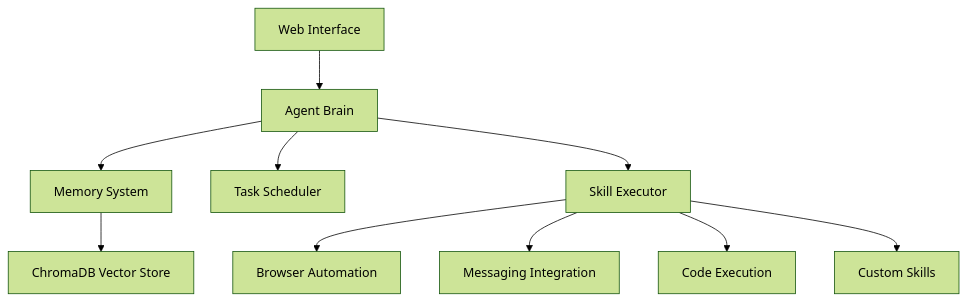
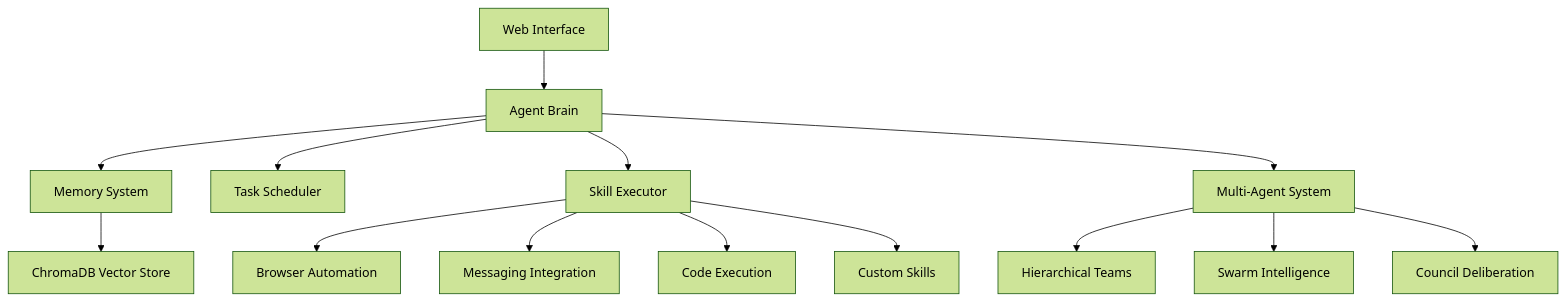
Before and after one commit to Omkar0612/AutonomOS: the diagram in README.md, drawn with Mermaid (forest theme). The commit also changed other lines of this file, not shown here.

First line of the commit message:
📚 Update README with optimization features and multi-agent system

````diff
--- a/README.md
+++ b/README.md
@@ -234,12 +397,16 @@
 ```mermaid
 graph TD
     A[Web Interface] --> B[Agent Brain]
     B --> C[Memory System]
     B --> D[Task Scheduler]
     B --> E[Skill Executor]
-    C --> F[ChromaDB Vector Store]
-    E --> G[Browser Automation]
-    E --> H[Messaging Integration]
-    E --> I[Code Execution]
-    E --> J[Custom Skills]
+    B --> F[Multi-Agent System]
+    C --> G[ChromaDB Vector Store]
+    E --> H[Browser Automation]
+    E --> I[Messaging Integration]
+    E --> J[Code Execution]
+    E --> K[Custom Skills]
+    F --> L[Hierarchical Teams]
+    F --> M[Swarm Intelligence]
+    F --> N[Council Deliberation]
 ```
````
